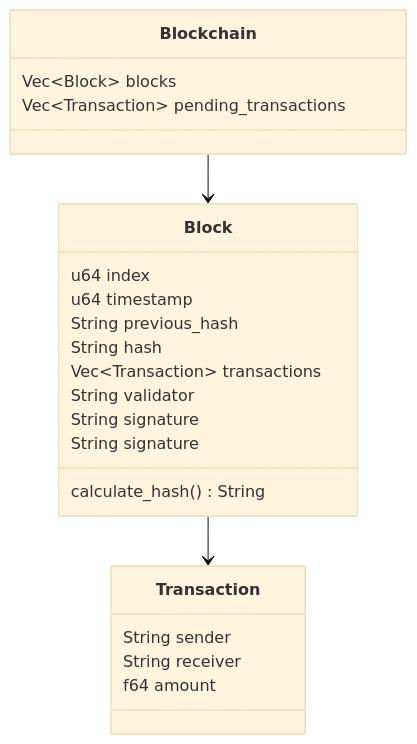
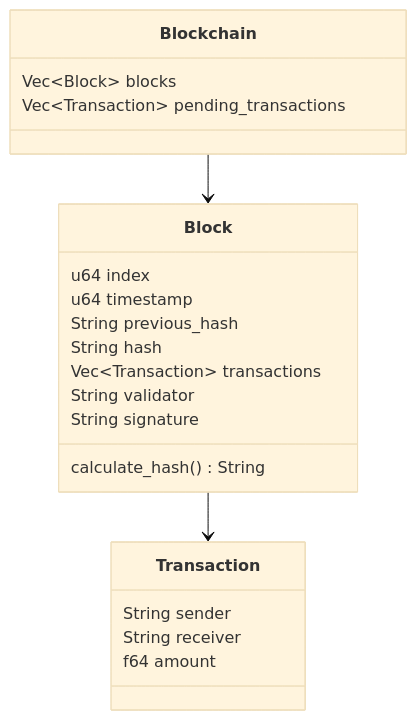
Before and after one commit to Tobael/FairMoney: the second of 2 diagrams in README.md, drawn with Mermaid (base theme). The commit also changed 10 other files, not shown here.

````diff
--- a/README.md
+++ b/README.md
@@ -15,20 +15,19 @@
 ```mermaid
 classDiagram
     Blockchain --> Block
     Block --> Transaction
 
     Blockchain : Vec~Block~ blocks
     Blockchain : Vec~Transaction~ pending_transactions
     Block : u64 index
     Block : u64 timestamp
     Block : String previous_hash
     Block : String hash
     Block : Vec~Transaction~ transactions
     Block : String validator
-    Block : String signature
     Block : calculate_hash() String
     Block : String signature
     Transaction : String sender
     Transaction : String receiver
     Transaction : f64 amount
 ```
````
